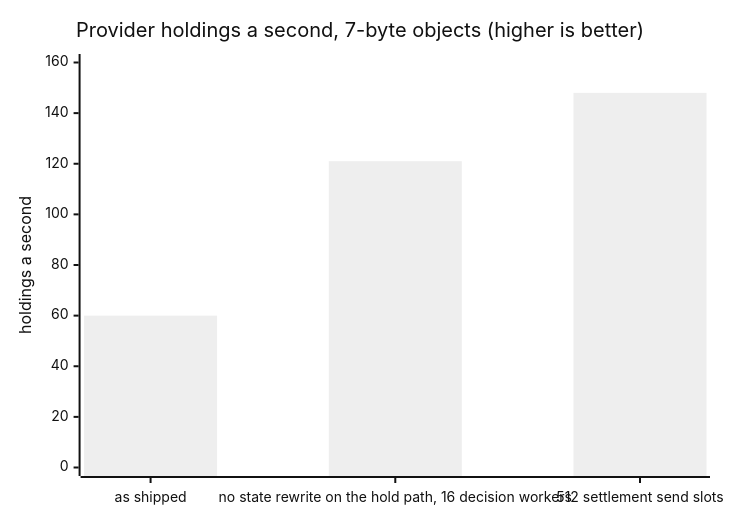
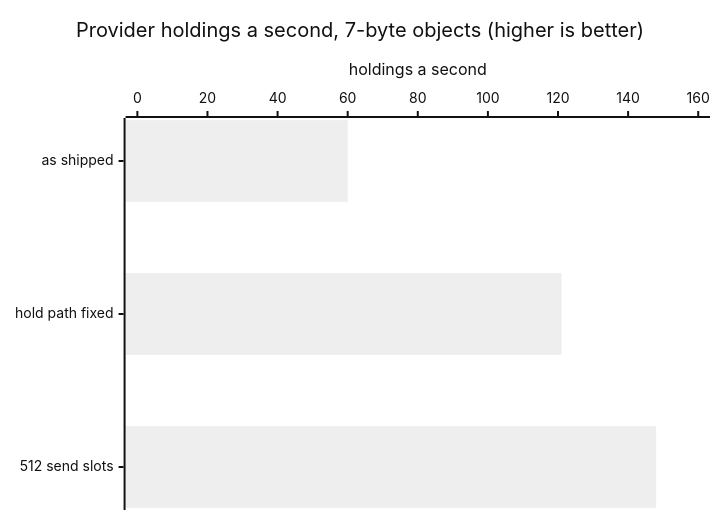
Before and after one commit to lightwebinc/bstore: the third of 3 diagrams in docs/benchmarks.md, drawn with Mermaid (neutral theme). The commit also changed other lines of this file and 1 other file, not shown here.

Commit message:
[Fix] chart labels: horizontal bars

````diff
--- a/docs/benchmarks.md
+++ b/docs/benchmarks.md
@@ -101,7 +101,7 @@
 ```mermaid
-xychart-beta
+xychart-beta horizontal
     title "Provider holdings a second, 7-byte objects (higher is better)"
-    x-axis ["as shipped", "no state rewrite on the hold path, 16 decision workers", "512 settlement send slots"]
+    x-axis ["as shipped", "hold path fixed", "512 send slots"]
     y-axis "holdings a second" 0 --> 160
     bar [60, 121, 148]
 ```
````
